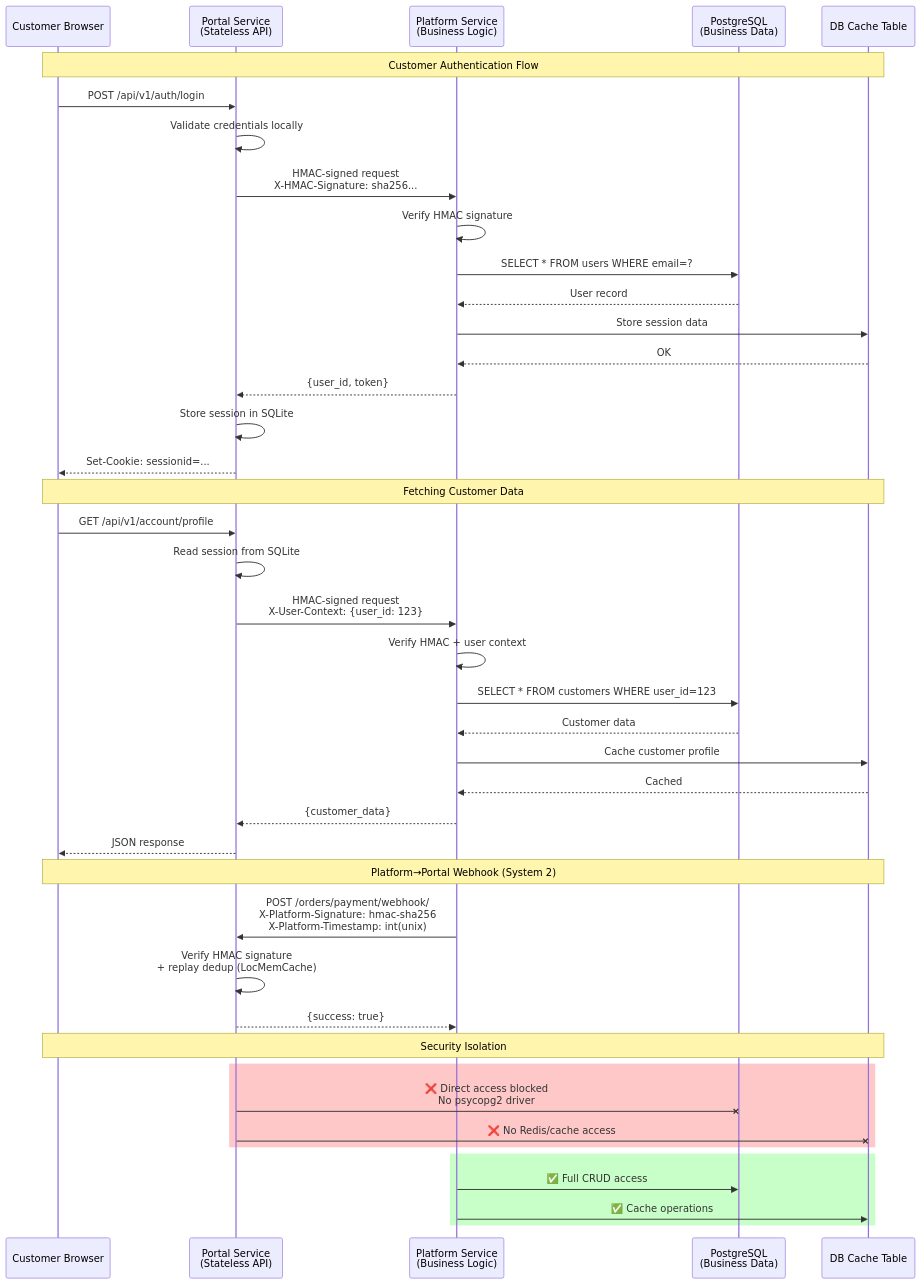
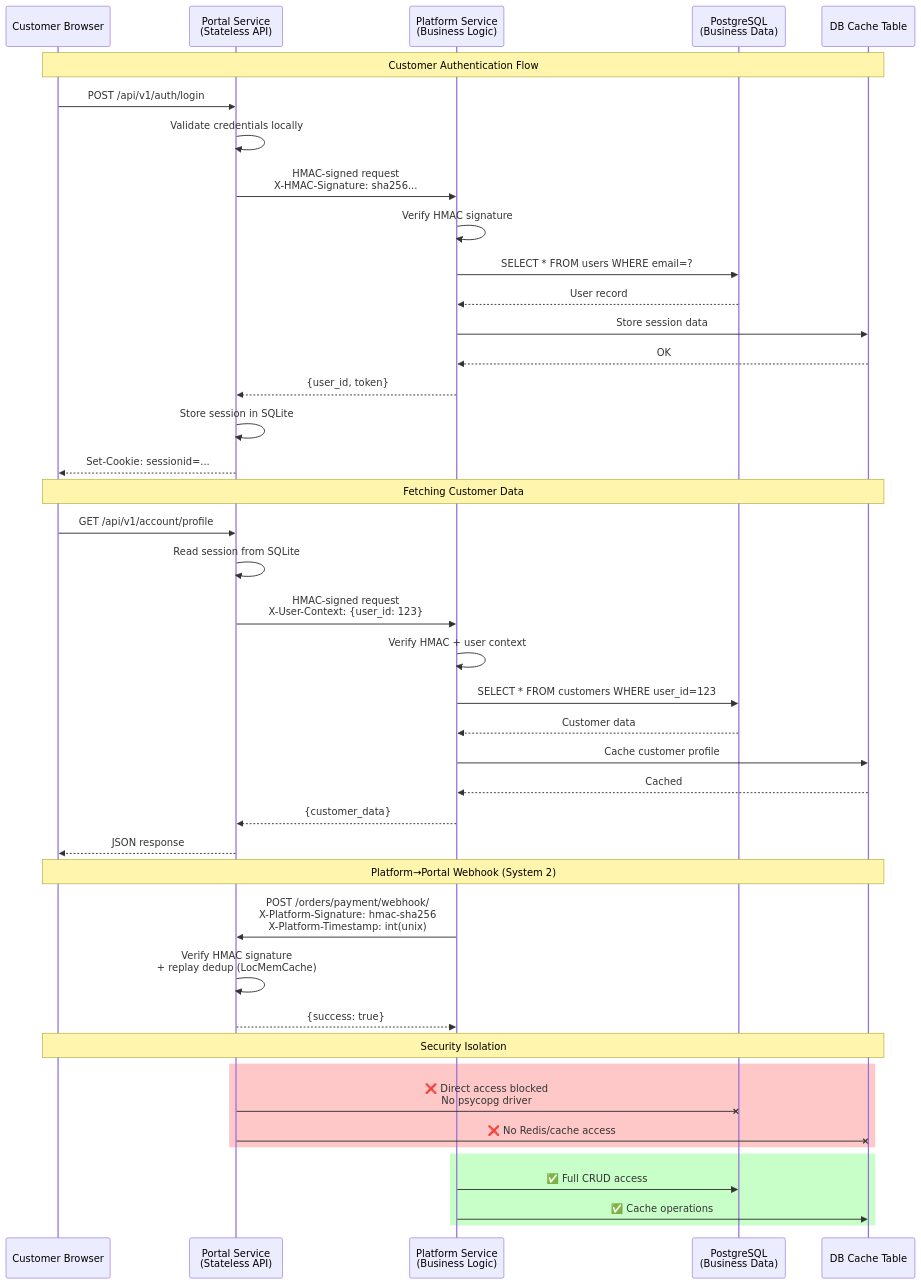
The diagram in docs/architecture/diagrams/data-flow.mmd (captainpragmatic/PRAHO), drawn with Mermaid before and after one commit. The commit also changed 13 other files, not shown here.

```diff
--- a/docs/architecture/diagrams/data-flow.mmd
+++ b/docs/architecture/diagrams/data-flow.mmd
@@ -1,51 +1,51 @@
 %% PRAHO Platform - Data Flow & Service Communication
 %% Generated: 2026-02-21
 %% Shows how Portal and Platform services communicate
 
 sequenceDiagram
     participant Customer as Customer Browser
     participant Portal as Portal Service<br/>(Stateless API)
     participant Platform as Platform Service<br/>(Business Logic)
     participant DB as PostgreSQL<br/>(Business Data)
     participant Cache as DB Cache Table
 
     Note over Customer,Cache: Customer Authentication Flow
     Customer->>Portal: POST /api/v1/auth/login
     Portal->>Portal: Validate credentials locally
     Portal->>Platform: HMAC-signed request<br/>X-HMAC-Signature: sha256...
     Platform->>Platform: Verify HMAC signature
     Platform->>DB: SELECT * FROM users WHERE email=?
     DB-->>Platform: User record
     Platform->>Cache: Store session data
     Cache-->>Platform: OK
     Platform-->>Portal: {user_id, token}
     Portal->>Portal: Store session in SQLite
     Portal-->>Customer: Set-Cookie: sessionid=...
 
     Note over Customer,Cache: Fetching Customer Data
     Customer->>Portal: GET /api/v1/account/profile
     Portal->>Portal: Read session from SQLite
     Portal->>Platform: HMAC-signed request<br/>X-User-Context: {user_id: 123}
     Platform->>Platform: Verify HMAC + user context
     Platform->>DB: SELECT * FROM customers WHERE user_id=123
     DB-->>Platform: Customer data
     Platform->>Cache: Cache customer profile
     Cache-->>Platform: Cached
     Platform-->>Portal: {customer_data}
     Portal-->>Customer: JSON response
 
     Note over Customer,Cache: Platform→Portal Webhook (System 2)
     Platform->>Portal: POST /orders/payment/webhook/<br/>X-Platform-Signature: hmac-sha256<br/>X-Platform-Timestamp: int(unix)
     Portal->>Portal: Verify HMAC signature<br/>+ replay dedup (LocMemCache)
     Portal-->>Platform: {success: true}
 
     Note over Customer,Cache: Security Isolation
     rect rgb(255, 200, 200)
-        Portal-XDB: ❌ Direct access blocked<br/>No psycopg2 driver
+        Portal-XDB: ❌ Direct access blocked<br/>No psycopg driver
         Portal-XCache: ❌ No Redis/cache access
     end
 
     rect rgb(200, 255, 200)
         Platform->>DB: ✅ Full CRUD access
         Platform->>Cache: ✅ Cache operations
     end
```
